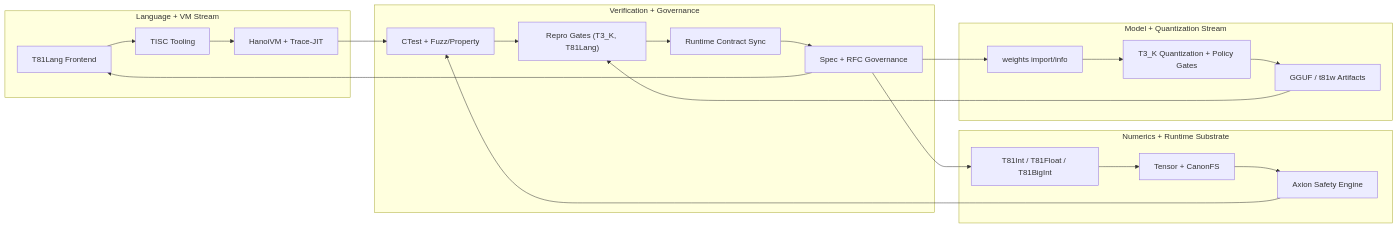
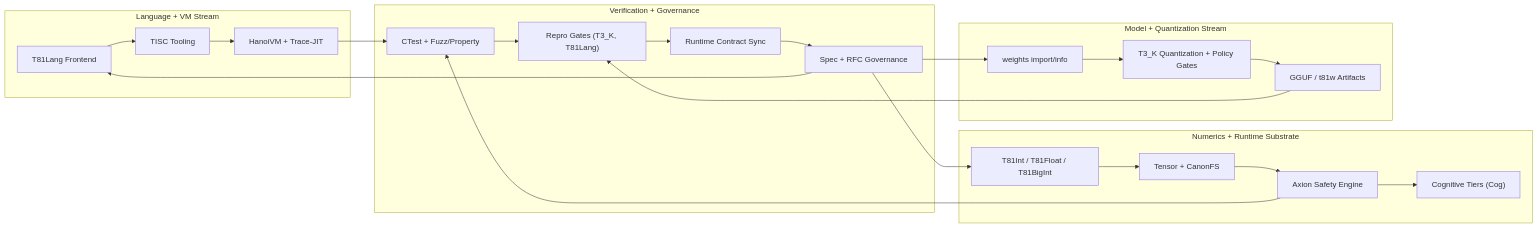
The first of 2 diagrams in docs/explanation/ARCHITECTURE.md (ryansctt1994-sudo/t81-foundation), drawn with Mermaid before and after one commit. The commit also changed other lines of this file and 12 other files, not shown here.

````diff
--- a/docs/explanation/ARCHITECTURE.md
+++ b/docs/explanation/ARCHITECTURE.md
@@ -53,38 +54,39 @@
 ```mermaid
 graph LR
     subgraph A["Language + VM Stream"]
         A1["T81Lang Frontend"]
         A2["TISC Tooling"]
         A3["HanoiVM + Trace-JIT"]
         A1 --> A2 --> A3
     end
 
     subgraph B["Numerics + Runtime Substrate"]
         B1["T81Int / T81Float / T81BigInt"]
         B2["Tensor + CanonFS"]
         B3["Axion Safety Engine"]
-        B1 --> B2 --> B3
+        B4["Cognitive Tiers (Cog)"]
+        B1 --> B2 --> B3 --> B4
     end
 
     subgraph C["Model + Quantization Stream"]
         C1["weights import/info"]
         C2["T3_K Quantization + Policy Gates"]
         C3["GGUF / t81w Artifacts"]
         C1 --> C2 --> C3
     end
 
     subgraph D["Verification + Governance"]
         D1["CTest + Fuzz/Property"]
         D2["Repro Gates (T3_K, T81Lang)"]
         D3["Runtime Contract Sync"]
         D4["Spec + RFC Governance"]
         D1 --> D2 --> D3 --> D4
     end
 
     A3 --> D1
     B3 --> D1
     C3 --> D2
     D4 --> A1
     D4 --> B1
     D4 --> C1
 ```
````
